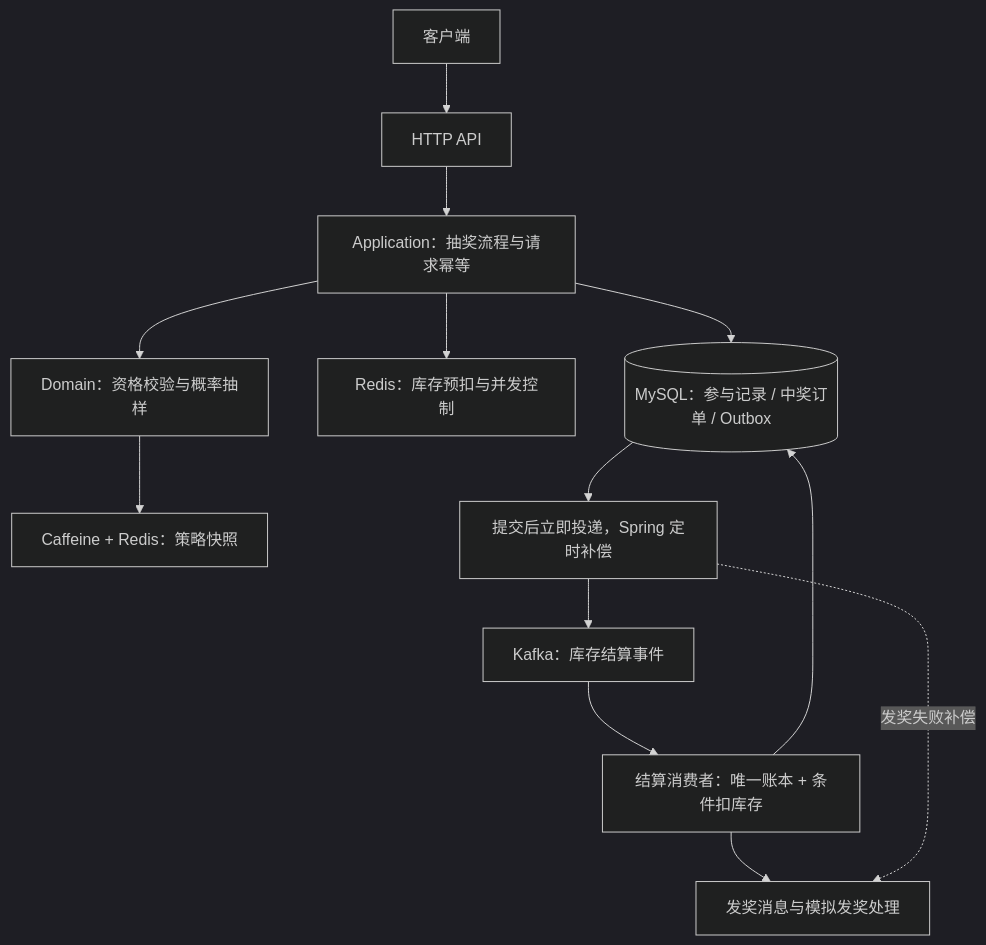
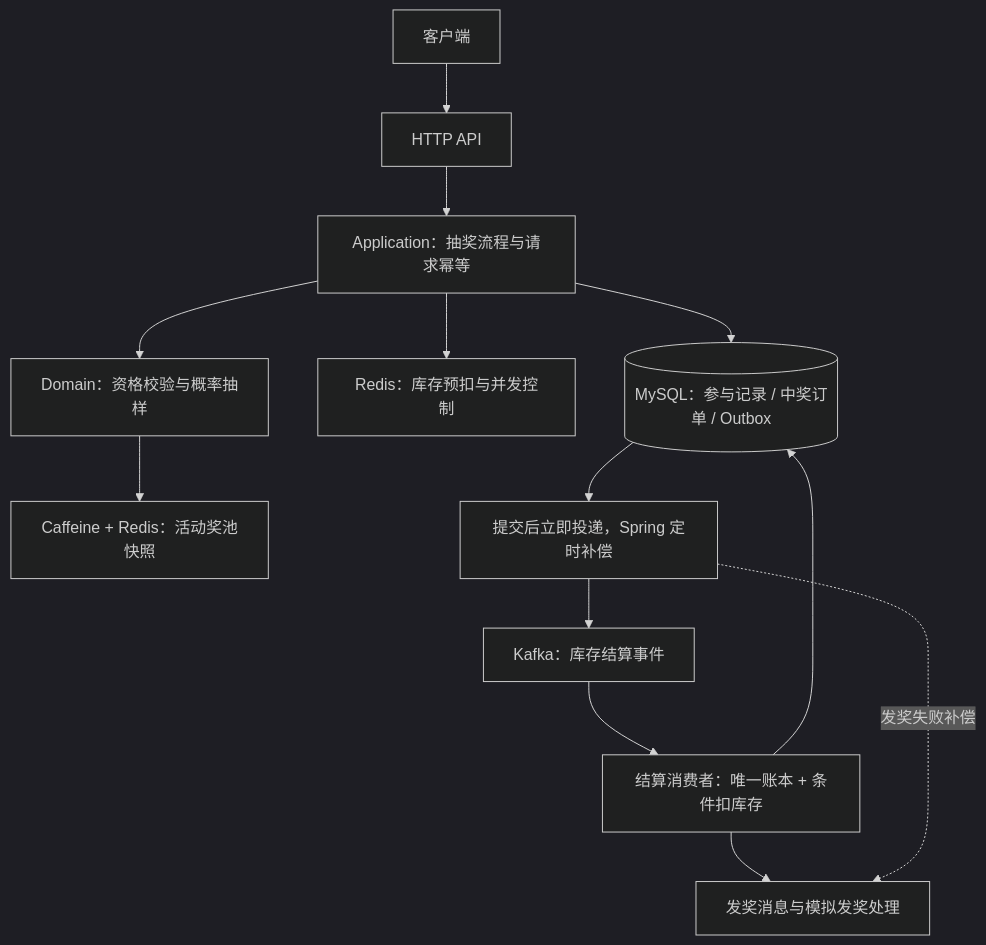
The diagram in README.md (kaguranananana/lottery), drawn with Mermaid (dark theme) before and after one commit. The commit also changed other lines of this file and 118 other files, not shown here.

````diff
--- a/README.md
+++ b/README.md
@@ -37,15 +37,15 @@
 ```mermaid
 flowchart TD
     U[客户端] --> API[HTTP API]
     API --> APP[Application：抽奖流程与请求幂等]
     APP --> DOMAIN[Domain：资格校验与概率抽样]
     APP --> REDIS[Redis：库存预扣与并发控制]
-    DOMAIN --> CACHE[Caffeine + Redis：策略快照]
+    DOMAIN --> CACHE[Caffeine + Redis：活动奖池快照]
     APP --> DB[(MySQL：参与记录 / 中奖订单 / Outbox)]
     DB --> JOB[提交后立即投递，Spring 定时补偿]
     JOB --> MQ[Kafka：库存结算事件]
     MQ --> SETTLE[结算消费者：唯一账本 + 条件扣库存]
     SETTLE --> DB
     SETTLE --> AWARD[发奖消息与模拟发奖处理]
     JOB -. 发奖失败补偿 .-> AWARD
 ```
````
